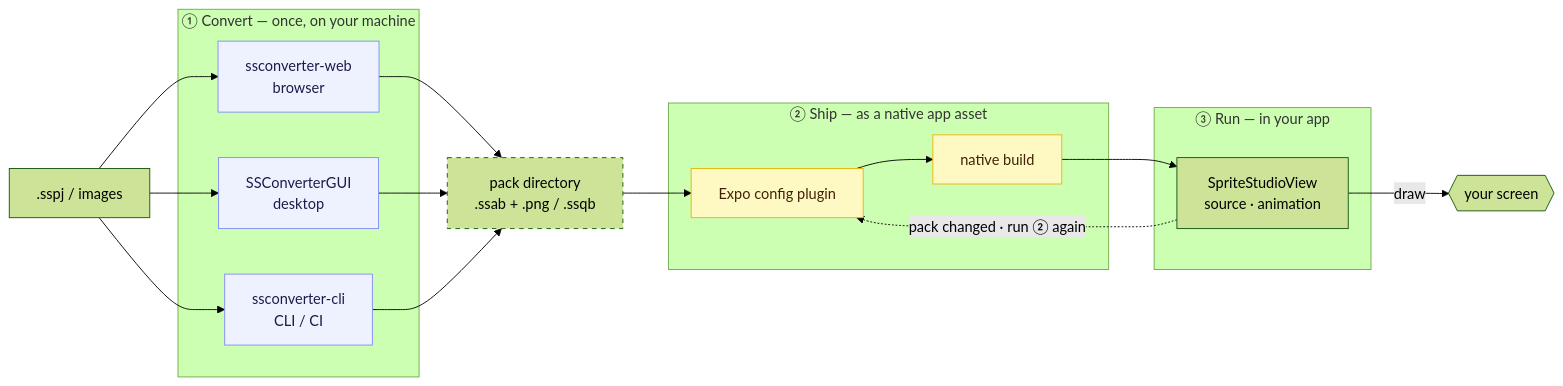
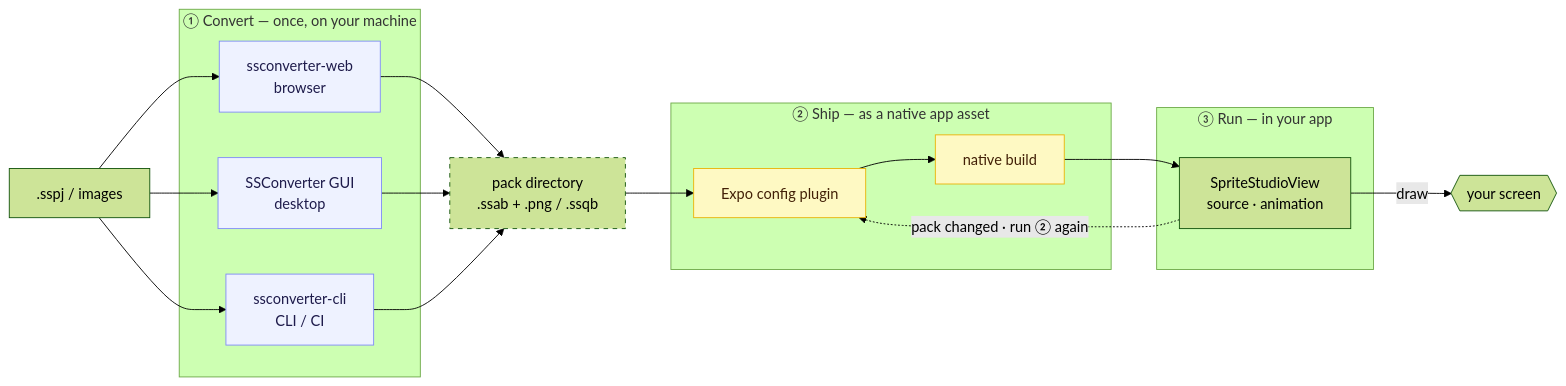
Before and after one commit to cri-middleware/SSPlayerForReactNative: the diagram in docs/setup/assets.md, drawn with Mermaid (forest theme). The commit also changed other lines of this file and 1 other file, not shown here.

Commit message:
docs: call the converter app SSConverter GUI
The app's product name is "SSConverter GUI" — its README, docs site and
window say so — but pages across the family wrote the repository name,
`SSConverterGUI`, where they meant the app. Repository URLs, release file
names (`SSConverterGUI.app`, `SSConverterGUI_<version>_*.zip`) and the
places that name the repository to report to keep the repository name.

````diff
--- a/docs/setup/assets.md
+++ b/docs/setup/assets.md
@@ -14,42 +14,42 @@
 ```mermaid
 graph LR
     SS[".sspj / images"]
 
     subgraph Convert ["① Convert — once, on your machine"]
         WEB["ssconverter-web<br>browser"]
-        GUI["SSConverterGUI<br>desktop"]
+        GUI["SSConverter GUI<br>desktop"]
         CLI["ssconverter-cli<br>CLI / CI"]
     end
 
     PACK["pack directory<br>.ssab + .png / .ssqb"]
 
     subgraph Ship ["② Ship — as a native app asset"]
         PLUGIN["Expo config plugin"]
         BUILD["native build"]
     end
 
     subgraph Run ["③ Run — in your app"]
         VIEW["SpriteStudioView<br>source · animation"]
     end
 
     CANVAS{{"your screen"}}
 
     SS --> WEB
     SS --> GUI
     SS --> CLI
     WEB --> PACK
     GUI --> PACK
     CLI --> PACK
     PACK --> PLUGIN
     PLUGIN --> BUILD
     BUILD --> VIEW
     VIEW -->|"draw"| CANVAS
     VIEW -. "pack changed · run ② again" .-> PLUGIN
 
     classDef gen stroke-dasharray:5 5;
     class PACK gen;
     classDef tool fill:#eef2ff,stroke:#818cf8,color:#1e1b4b;
     class WEB,GUI,CLI tool;
     classDef ship fill:#fef9c3,stroke:#eab308,color:#422006;
     class PLUGIN,BUILD ship;
 ```
````
